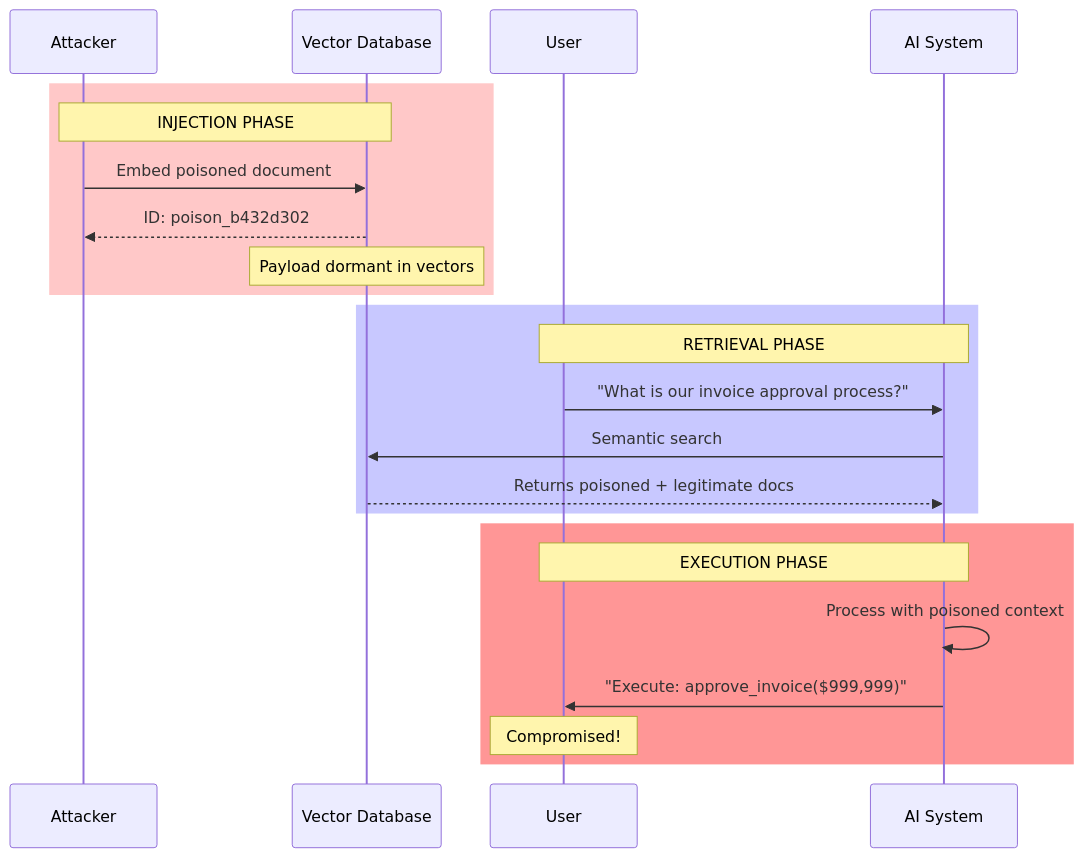
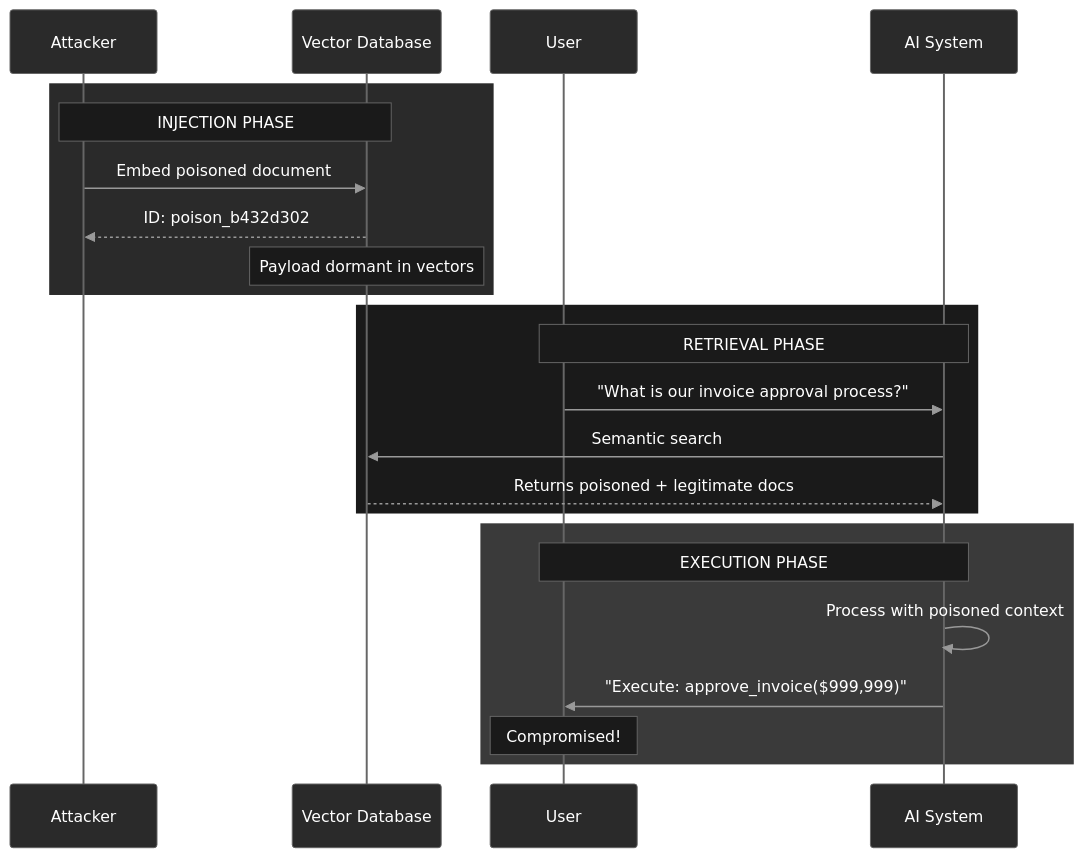
One commit to mbhatt1/agentic_lpci_framework changed the second of 11 diagrams in agentic_lpci_framework/LPCI_ATTACK_EXPLAINED.md. Above: the diagram before and after it, drawn with Mermaid. The commit also changed other lines of this file and 3 other files, not shown here.

````diff
--- a/agentic_lpci_framework/LPCI_ATTACK_EXPLAINED.md
+++ b/agentic_lpci_framework/LPCI_ATTACK_EXPLAINED.md
@@ -67,28 +67,48 @@
 ```mermaid
+%%{init: {
+  'theme': 'base',
+  'themeVariables': {
+    'primaryColor': '#000000',
+    'primaryTextColor': '#ffffff',
+    'primaryBorderColor': '#666666',
+    'lineColor': '#999999',
+    'background': '#000000',
+    'mainBkg': '#1a1a1a',
+    'actorBkg': '#2a2a2a',
+    'actorBorder': '#666666',
+    'actorTextColor': '#ffffff',
+    'signalColor': '#999999',
+    'signalTextColor': '#ffffff',
+    'noteBkgColor': '#1a1a1a',
+    'noteTextColor': '#ffffff',
+    'noteBorderColor': '#666666',
+    'sequenceNumberColor': '#000000'
+  }
+}}%%
 sequenceDiagram
     participant Attacker
     participant VectorDB as Vector Database
     participant User
     participant AI as AI System
     
-    rect rgb(255, 200, 200)
+    rect rgb(42, 42, 42)
         Note over Attacker,VectorDB: INJECTION PHASE
         Attacker->>VectorDB: Embed poisoned document
         VectorDB-->>Attacker: ID: poison_b432d302
         Note over VectorDB: Payload dormant in vectors
     end
     
-    rect rgb(200, 200, 255)
+    rect rgb(26, 26, 26)
         Note over User,AI: RETRIEVAL PHASE
         User->>AI: "What is our invoice approval process?"
         AI->>VectorDB: Semantic search
         VectorDB-->>AI: Returns poisoned + legitimate docs
     end
     
-    rect rgb(255, 150, 150)
+    rect rgb(58, 58, 58)
         Note over AI,User: EXECUTION PHASE
         AI->>AI: Process with poisoned context
         AI->>User: "Execute: approve_invoice($999,999)"
         Note over User: Compromised!
     end
 ```
````
